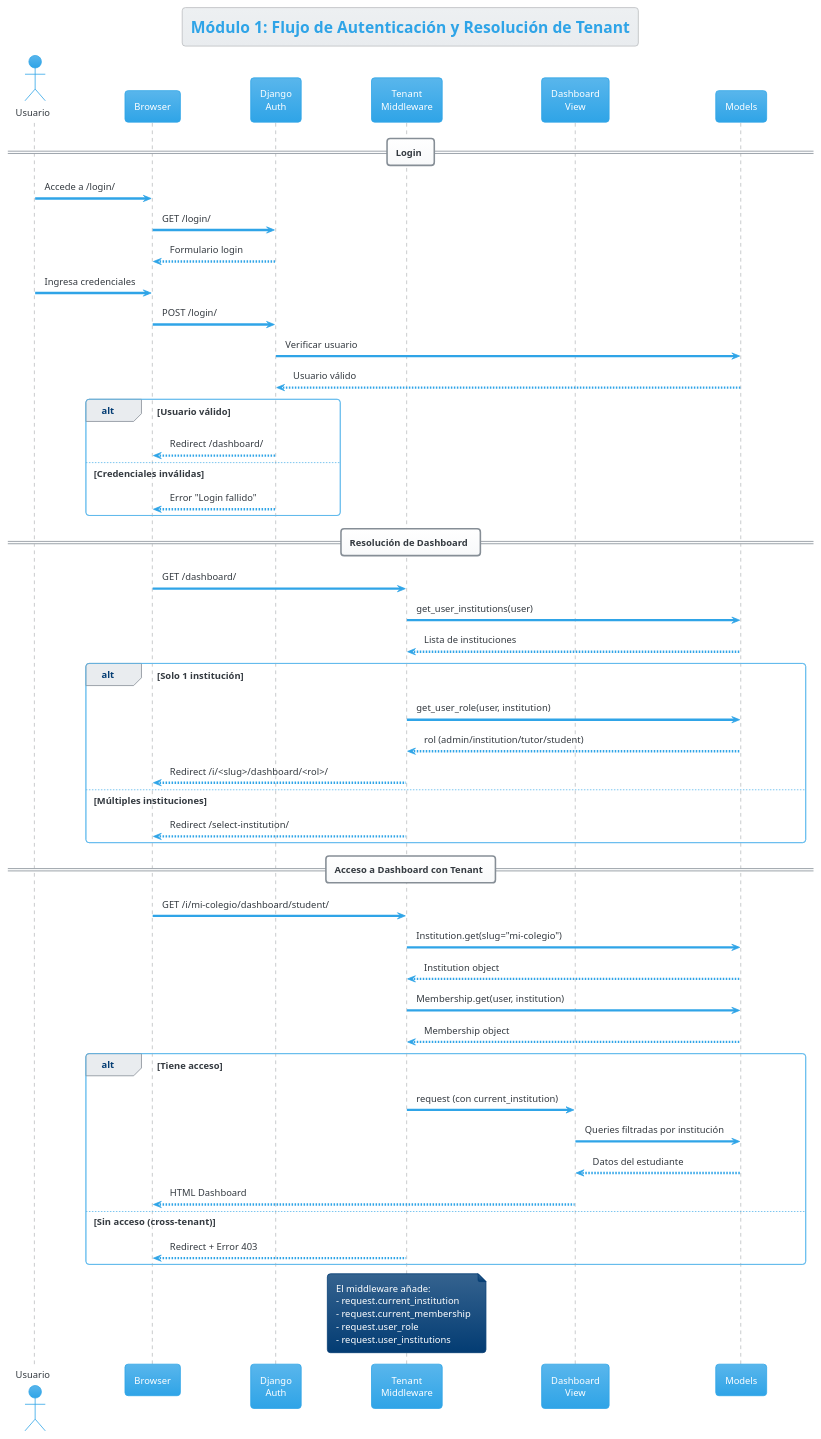
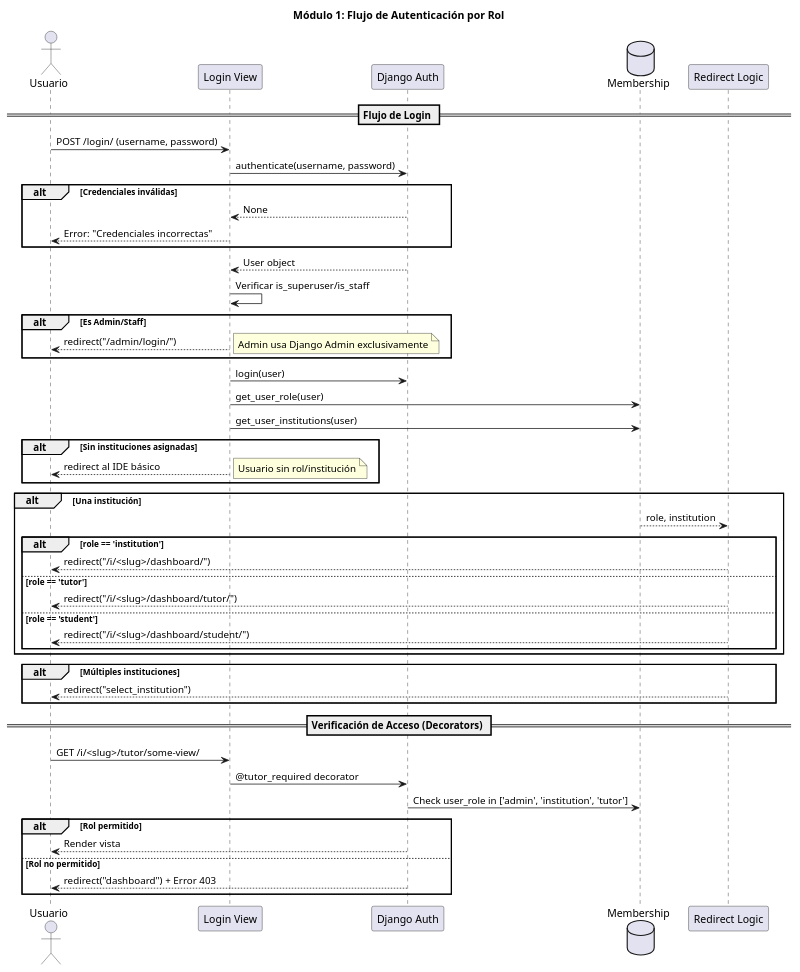
The diagram in docs/uml/module1/sequence_auth.puml (Luvigo/Max), drawn with PlantUML before and after one commit. The commit also changed 9 other files, not shown here.

First line of the commit message:
MÓDULO 1: Auth + Roles (Admin, Tutor, Estudiante)

```diff
--- a/docs/uml/module1/sequence_auth.puml
+++ b/docs/uml/module1/sequence_auth.puml
@@ -1,66 +1,65 @@
 @startuml
-!theme cerulean
-title Módulo 1: Flujo de Autenticación y Resolución de Tenant
+title Módulo 1: Flujo de Autenticación por Rol
 
 actor Usuario
-participant "Browser" as Browser
-participant "Django\nAuth" as Auth
-participant "Tenant\nMiddleware" as TM
-participant "Dashboard\nView" as DV
-participant "Models" as DB
+participant "Login View" as Login
+participant "Django Auth" as Auth
+database "Membership" as DB
+participant "Redirect Logic" as Redirect
 
-== Login ==
-Usuario -> Browser: Accede a /login/
-Browser -> Auth: GET /login/
-Auth --> Browser: Formulario login
+== Flujo de Login ==
 
-Usuario -> Browser: Ingresa credenciales
-Browser -> Auth: POST /login/
-Auth -> DB: Verificar usuario
-DB --> Auth: Usuario válido
+Usuario -> Login: POST /login/ (username, password)
+Login -> Auth: authenticate(username, password)
 
-alt Usuario válido
-    Auth --> Browser: Redirect /dashboard/
-else Credenciales inválidas
-    Auth --> Browser: Error "Login fallido"
+alt Credenciales inválidas
+    Auth --> Login: None
+    Login --> Usuario: Error: "Credenciales incorrectas"
 end
 
-== Resolución de Dashboard ==
-Browser -> TM: GET /dashboard/
-TM -> DB: get_user_institutions(user)
-DB --> TM: Lista de instituciones
+Auth --> Login: User object
+Login -> Login: Verificar is_superuser/is_staff
 
-alt Solo 1 institución
-    TM -> DB: get_user_role(user, institution)
-    DB --> TM: rol (admin/institution/tutor/student)
-    TM --> Browser: Redirect /i/<slug>/dashboard/<rol>/
-else Múltiples instituciones
-    TM --> Browser: Redirect /select-institution/
+alt Es Admin/Staff
+    Login --> Usuario: redirect("/admin/login/")
+    note right: Admin usa Django Admin exclusivamente
 end
 
-== Acceso a Dashboard con Tenant ==
-Browser -> TM: GET /i/mi-colegio/dashboard/student/
-TM -> DB: Institution.get(slug="mi-colegio")
-DB --> TM: Institution object
+Login -> Auth: login(user)
+Login -> DB: get_user_role(user)
+Login -> DB: get_user_institutions(user)
 
-TM -> DB: Membership.get(user, institution)
-DB --> TM: Membership object
-
-alt Tiene acceso
-    TM -> DV: request (con current_institution)
-    DV -> DB: Queries filtradas por institución
-    DB --> DV: Datos del estudiante
-    DV --> Browser: HTML Dashboard
-else Sin acceso (cross-tenant)
-    TM --> Browser: Redirect + Error 403
+alt Sin instituciones asignadas
+    Login --> Usuario: redirect al IDE básico
+    note right: Usuario sin rol/institución
 end
 
-note over TM
-  El middleware añade:
-  - request.current_institution
-  - request.current_membership
-  - request.user_role
-  - request.user_institutions
-end note
+alt Una institución
+    DB --> Redirect: role, institution
+    
+    alt role == 'institution'
+        Redirect --> Usuario: redirect("/i/<slug>/dashboard/")
+    else role == 'tutor'
+        Redirect --> Usuario: redirect("/i/<slug>/dashboard/tutor/")
+    else role == 'student'
+        Redirect --> Usuario: redirect("/i/<slug>/dashboard/student/")
+    end
+end
+
+alt Múltiples instituciones
+    Redirect --> Usuario: redirect("select_institution")
+end
+
+== Verificación de Acceso (Decorators) ==
+
+Usuario -> Login: GET /i/<slug>/tutor/some-view/
+Login -> Auth: @tutor_required decorator
+Auth -> DB: Check user_role in ['admin', 'institution', 'tutor']
+
+alt Rol permitido
+    Auth --> Usuario: Render vista
+else Rol no permitido
+    Auth --> Usuario: redirect("dashboard") + Error 403
+end
 
 @enduml
```
